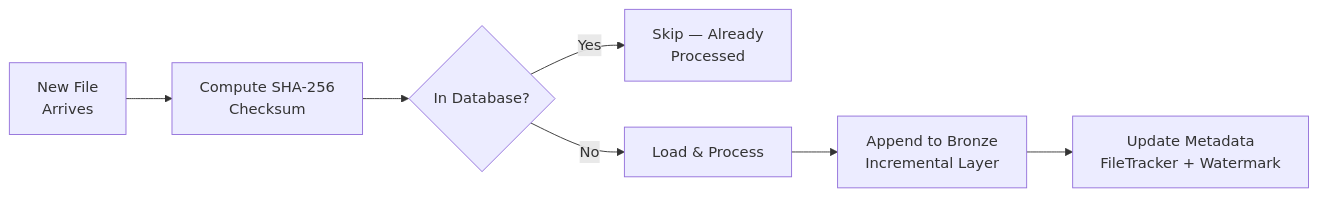
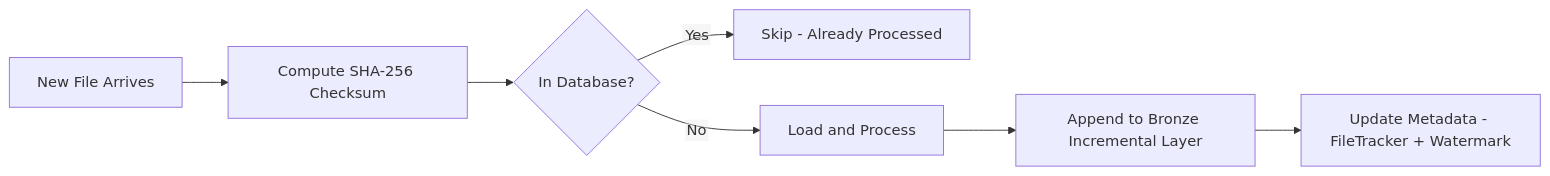
Before and after one commit to ojeshwigautam/DataLakehouse-Platform: the third of 4 diagrams in docs/Architecture.md, drawn with Mermaid. The commit also changed other lines of this file and 3 other files, not shown here.

Commit message:
docs: add comprehensive project documentation and architecture guides

````diff
--- a/docs/Architecture.md
+++ b/docs/Architecture.md
@@ -296,9 +298,10 @@
 ```mermaid
+%%{init: {"flowchart": {"htmlLabels": false}} }%%
 flowchart LR
-    NEW[New File<br/>Arrives] --> CHK[Compute SHA-256<br/>Checksum]
+    NEW[New File Arrives] --> CHK[Compute SHA-256 Checksum]
     CHK --> DB{In Database?}
-    DB -->|Yes| SKIP[Skip — Already<br/>Processed]
-    DB -->|No| LOAD[Load & Process]
-    LOAD --> APPEND[Append to Bronze<br/>Incremental Layer]
-    APPEND --> UPDATE[Update Metadata<br/>FileTracker + Watermark]
+    DB -->|Yes| SKIP[Skip - Already Processed]
+    DB -->|No| LOAD[Load and Process]
+    LOAD --> APPEND[Append to Bronze Incremental Layer]
+    APPEND --> UPDATE[Update Metadata - FileTracker + Watermark]
 ```
````
